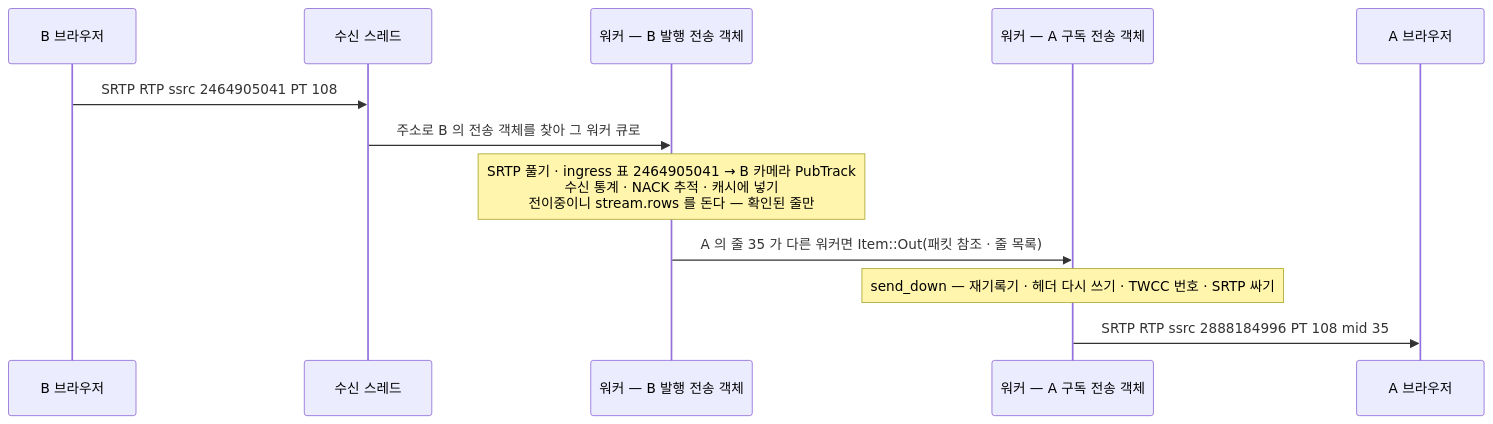
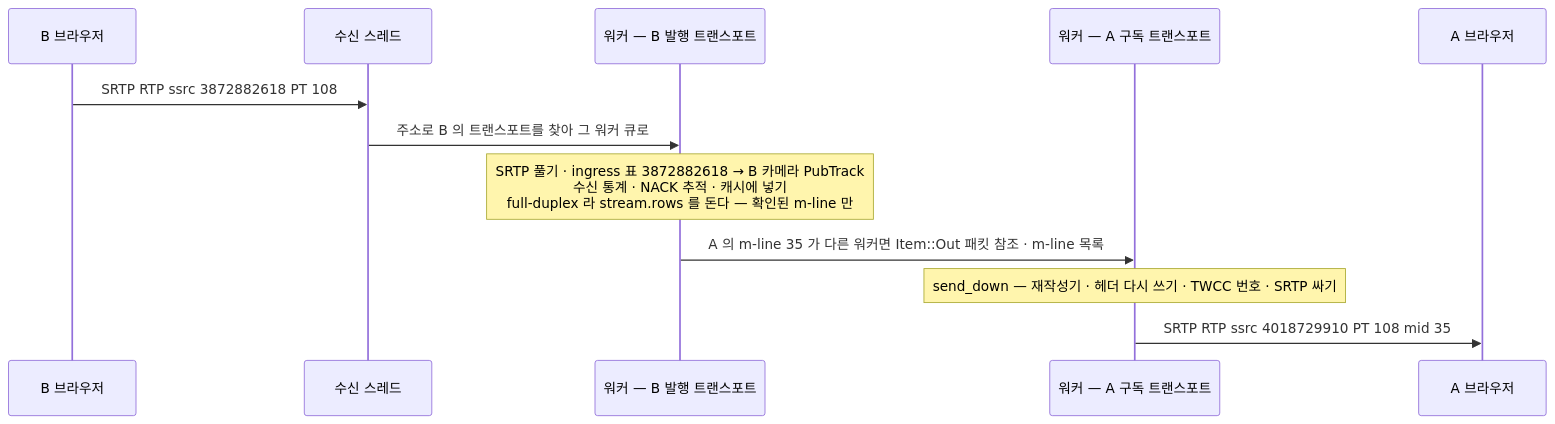
Before and after one commit to kodeholic9/oxlens-sfu: the second of 5 diagrams in docs/learn/04_PACKET_PATH.md, drawn with Mermaid. The commit also changed other lines of this file and 19 other files, not shown here.

````diff
--- a/docs/learn/04_PACKET_PATH.md
+++ b/docs/learn/04_PACKET_PATH.md
@@ -61,14 +62,14 @@
 ```mermaid
 sequenceDiagram
   participant B as B 브라우저
   participant RS as 수신 스레드
-  participant W1 as 워커 — B 발행 전송 객체
-  participant W2 as 워커 — A 구독 전송 객체
+  participant W1 as 워커 — B 발행 트랜스포트
+  participant W2 as 워커 — A 구독 트랜스포트
   participant A as A 브라우저
-  B->>RS: SRTP RTP ssrc 2464905041 PT 108
-  RS->>W1: 주소로 B 의 전송 객체를 찾아 그 워커 큐로
-  Note over W1: SRTP 풀기 · ingress 표 2464905041 → B 카메라 PubTrack<br/>수신 통계 · NACK 추적 · 캐시에 넣기<br/>전이중이니 stream.rows 를 돈다 — 확인된 줄만
-  W1->>W2: A 의 줄 35 가 다른 워커면 Item::Out(패킷 참조 · 줄 목록)
-  Note over W2: send_down — 재기록기 · 헤더 다시 쓰기 · TWCC 번호 · SRTP 싸기
-  W2->>A: SRTP RTP ssrc 2888184996 PT 108 mid 35
+  B->>RS: SRTP RTP ssrc 3872882618 PT 108
+  RS->>W1: 주소로 B 의 트랜스포트를 찾아 그 워커 큐로
+  Note over W1: SRTP 풀기 · ingress 표 3872882618 → B 카메라 PubTrack<br/>수신 통계 · NACK 추적 · 캐시에 넣기<br/>full-duplex 라 stream.rows 를 돈다 — 확인된 m-line 만
+  W1->>W2: A 의 m-line 35 가 다른 워커면 Item::Out 패킷 참조 · m-line 목록
+  Note over W2: send_down — 재작성기 · 헤더 다시 쓰기 · TWCC 번호 · SRTP 싸기
+  W2->>A: SRTP RTP ssrc 4018729910 PT 108 mid 35
 ```
````
